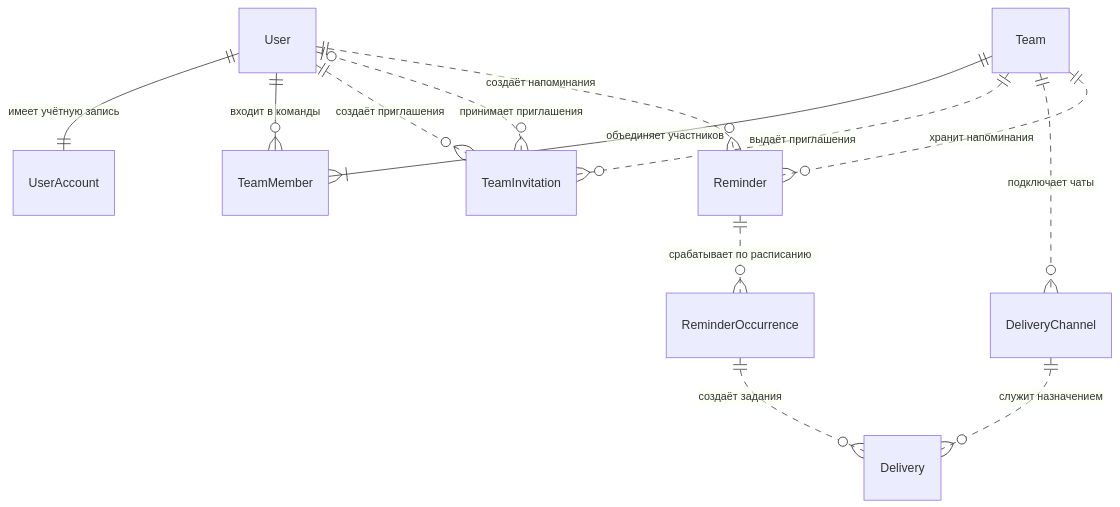
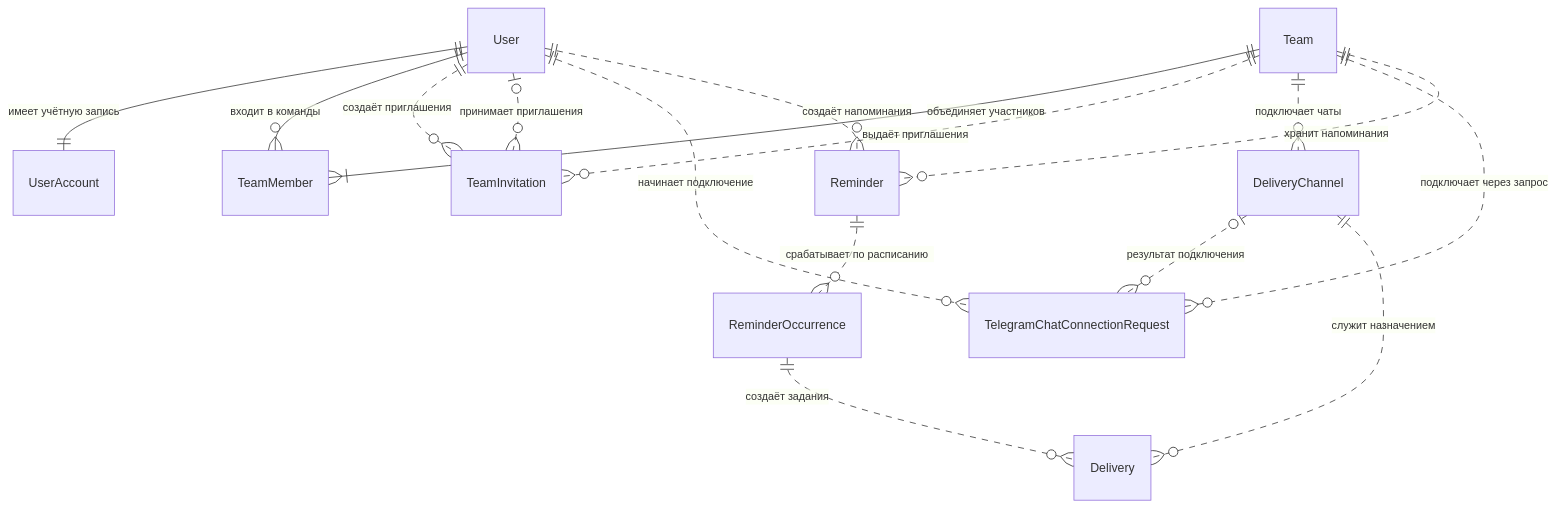
Before and after one commit to Code-Brew-Git-Hub/K.Alert: the diagram in docs/04-data-model.md, drawn with Mermaid. The commit also changed other lines of this file, not shown here.

Commit message:
docs: define Telegram chat connection request lifecycle

````diff
--- a/docs/04-data-model.md
+++ b/docs/04-data-model.md
@@ -7,16 +7,19 @@
 ```mermaid
 erDiagram
     direction TB
     User ||--|| UserAccount : "имеет учётную запись"
     User ||--o{ TeamMember : "входит в команды"
     Team ||--|{ TeamMember : "объединяет участников"
     Team ||..o{ TeamInvitation : "выдаёт приглашения"
     User ||..o{ TeamInvitation : "создаёт приглашения"
     User |o..o{ TeamInvitation : "принимает приглашения"
     Team ||..o{ DeliveryChannel : "подключает чаты"
+    Team ||..o{ TelegramChatConnectionRequest : "подключает через запрос"
+    User ||..o{ TelegramChatConnectionRequest : "начинает подключение"
+    DeliveryChannel |o..o{ TelegramChatConnectionRequest : "результат подключения"
     Team ||..o{ Reminder : "хранит напоминания"
     User ||..o{ Reminder : "создаёт напоминания"
     Reminder ||..o{ ReminderOccurrence : "срабатывает по расписанию"
     ReminderOccurrence ||..o{ Delivery : "создаёт задания"
     DeliveryChannel ||..o{ Delivery : "служит назначением"
 ```
````
